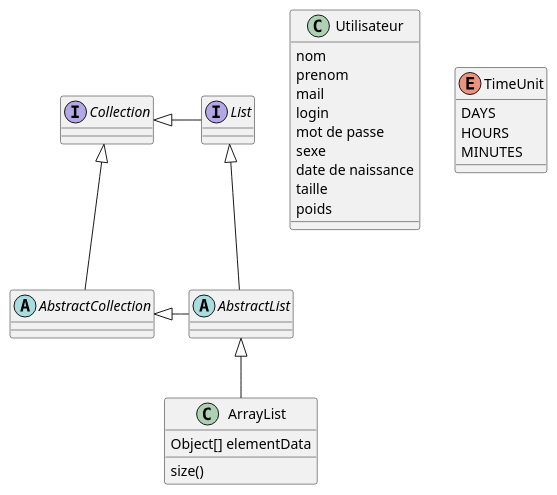
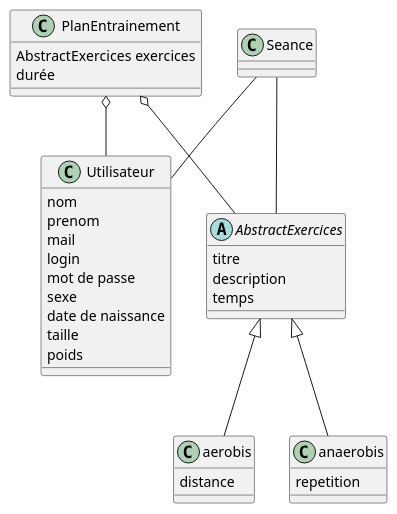
The diagram in diagClassItell.puml (ProjetM1S2/ApplicationMusculation), drawn with PlantUML before and after one commit.

Commit message:
Diagramme de classe version 0.1

```diff
--- a/diagClassItell.puml
+++ b/diagClassItell.puml
@@ -1,40 +1,48 @@
 @startuml
 
 
 class Utilisateur{
 nom
 prenom
 mail
 login
 mot de passe
 sexe
 date de naissance
 taille
 poids
 }
 
-
-abstract class AbstractList
-abstract AbstractCollection
-interface List
-interface Collection
-
-List <|-- AbstractList
-Collection <|-- AbstractCollection
-
-Collection <|- List
-AbstractCollection <|- AbstractList
-AbstractList <|-- ArrayList
-
-class ArrayList {
-Object[] elementData
-size()
+class PlanEntrainement {
+AbstractExercices exercices
+durée
 }
 
-enum TimeUnit {
-DAYS
-HOURS
-MINUTES
+abstract class AbstractExercices {
+titre
+description
+temps
 }
 
+
+class aerobis{
+distance
+}
+
+class anaerobis{
+repetition
+}
+
+class Seance{
+}
+
+Seance -- AbstractExercices
+Seance -- Utilisateur
+
+AbstractExercices <|--  aerobis
+AbstractExercices <|--  anaerobis
+
+PlanEntrainement o-- Utilisateur
+PlanEntrainement o-- AbstractExercices
+
 @enduml
```
